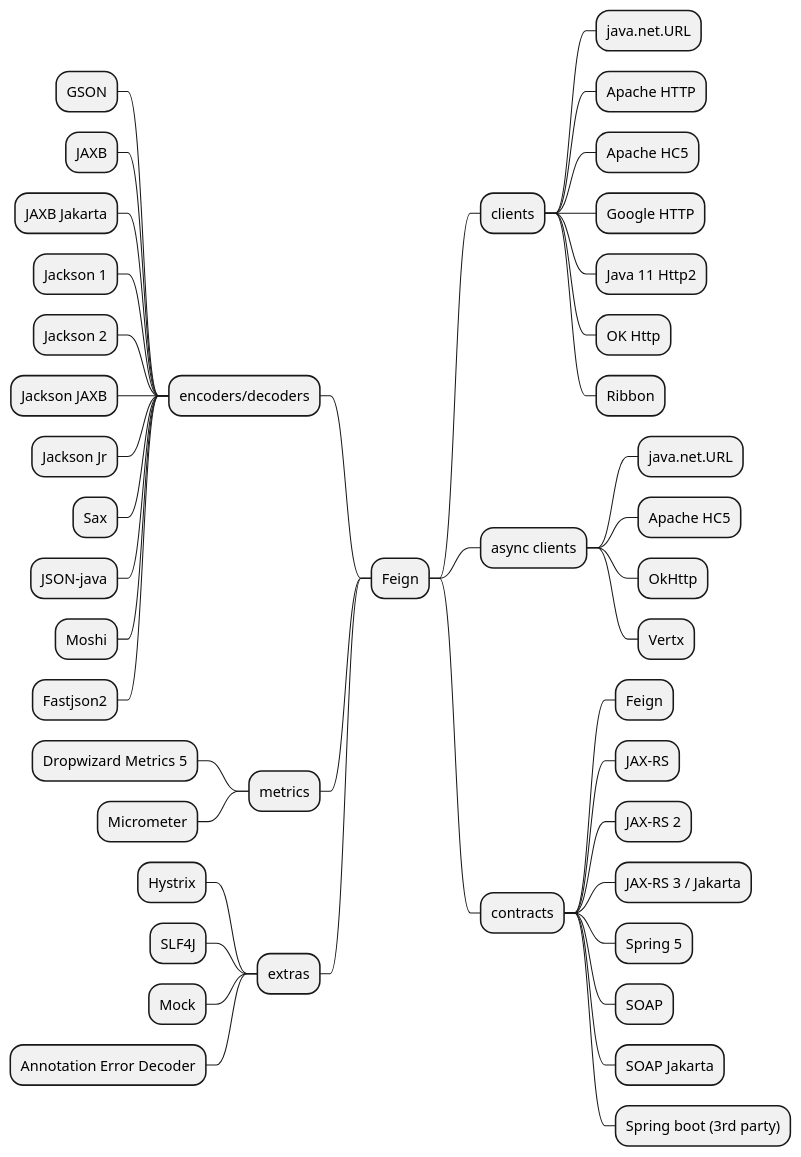
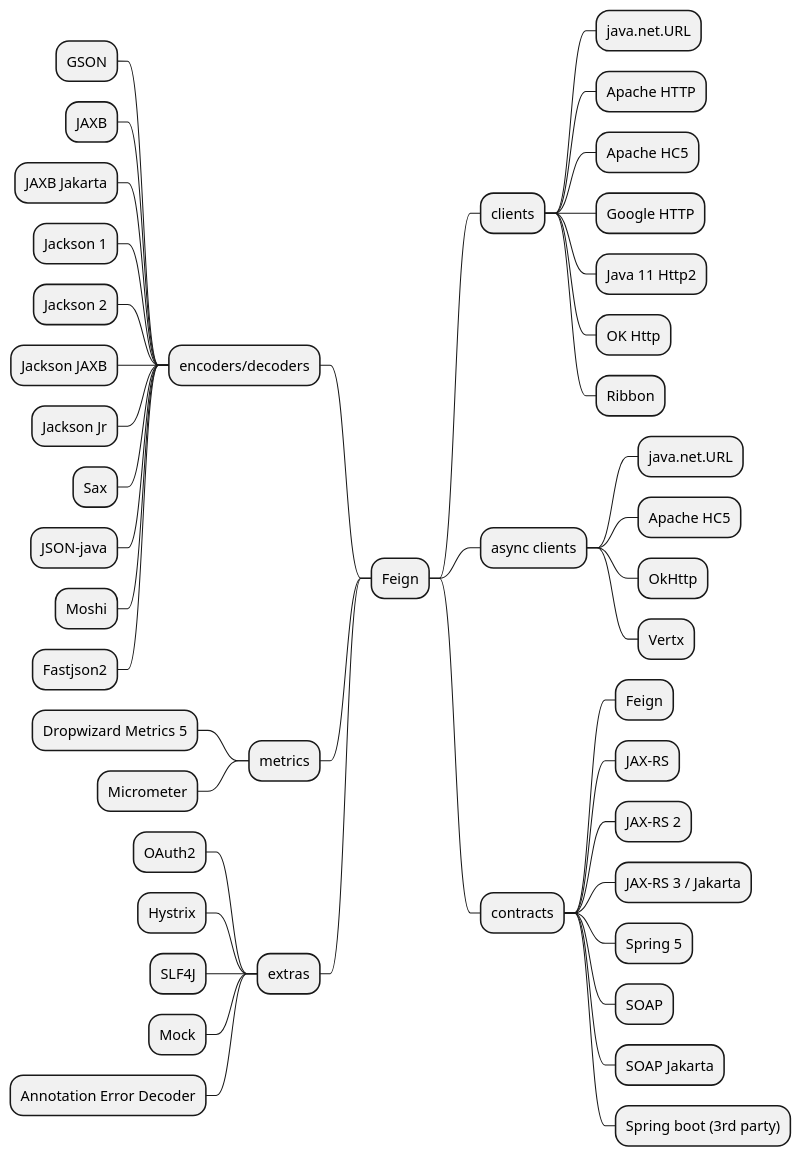
Before and after one commit to OpenFeign/feign: the diagram in src/docs/overview-mindmap.iuml, drawn with PlantUML. The commit also changed 47 other files, not shown here.

```diff
--- a/src/docs/overview-mindmap.iuml
+++ b/src/docs/overview-mindmap.iuml
@@ -1,48 +1,49 @@
 @startmindmap
 * Feign
 ** clients
 *** java.net.URL
 *** Apache HTTP
 *** Apache HC5
 *** Google HTTP
 *** Java 11 Http2
 *** OK Http
 *** Ribbon
 ** async clients
 *** java.net.URL
 *** Apache HC5
 *** OkHttp
 *** Vertx
 ** contracts
 *** Feign
 *** JAX-RS
 *** JAX-RS 2
 *** JAX-RS 3 / Jakarta
 *** Spring 5
 *** SOAP
 *** SOAP Jakarta
 *** Spring boot (3rd party)
 
 left side
 
 ** encoders/decoders
 *** GSON
 *** JAXB
 *** JAXB Jakarta
 *** Jackson 1
 *** Jackson 2
 *** Jackson JAXB
 *** Jackson Jr
 *** Sax
 *** JSON-java
 *** Moshi
 *** Fastjson2
 ** metrics
 *** Dropwizard Metrics 5
 *** Micrometer
 ** extras
+*** OAuth2
 *** Hystrix
 *** SLF4J
 *** Mock
 *** Annotation Error Decoder
 @endmindmap
```
